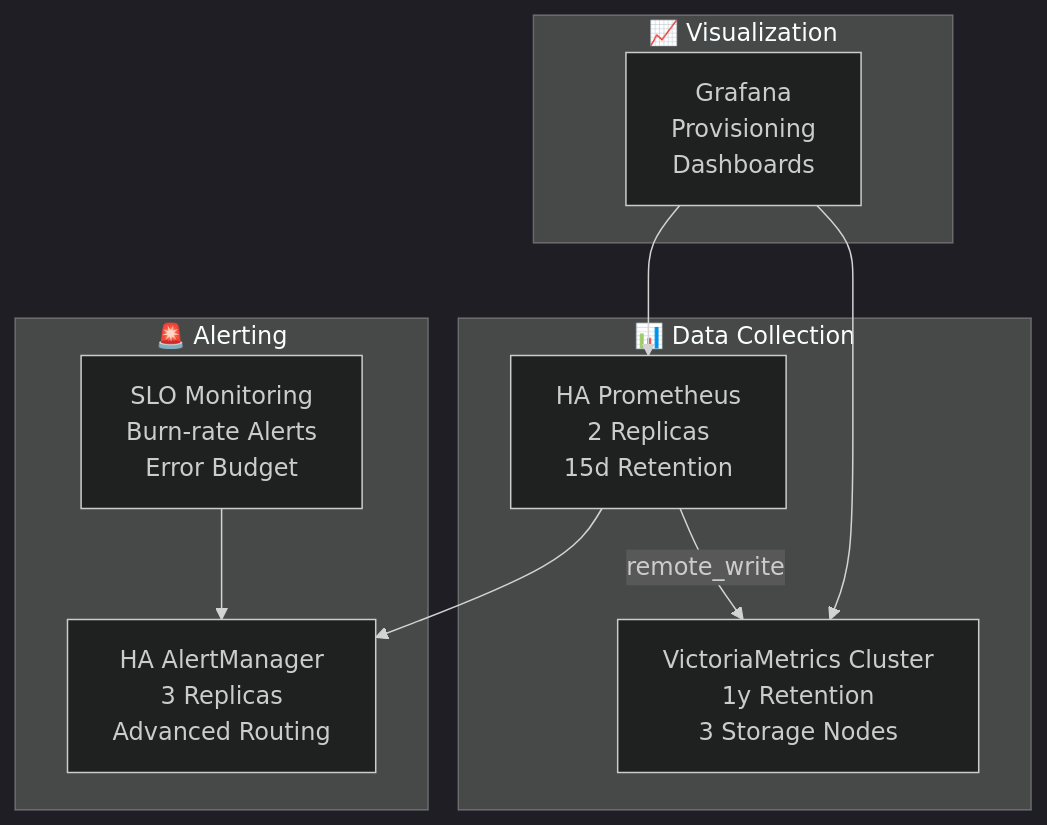
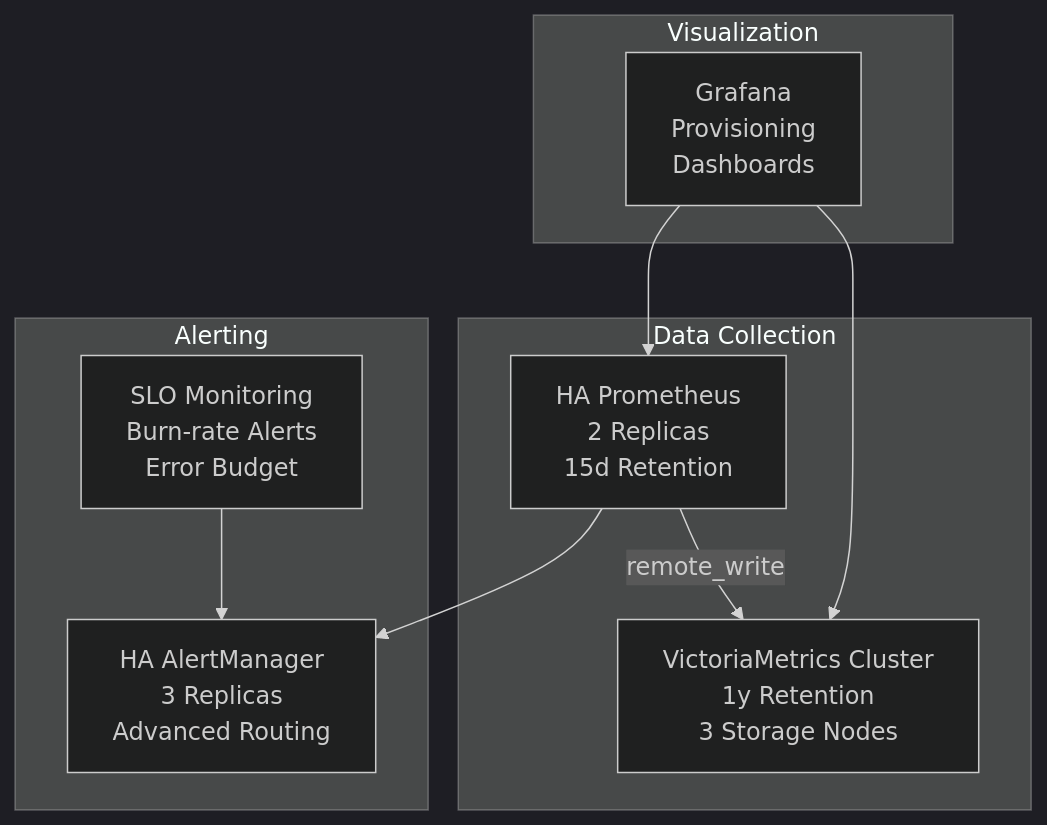
The diagram in k8s/monitoring-stack/README.md (twogc/cloudbridge-relay-installer), drawn with Mermaid (dark theme) before and after one commit. The commit also changed other lines of this file and 469 other files, not shown here.

````diff
--- a/k8s/monitoring-stack/README.md
+++ b/k8s/monitoring-stack/README.md
@@ -16,22 +16,22 @@
 ```mermaid
 graph TB
-    subgraph "📊 Data Collection"
+    subgraph "Data Collection"
         PROM[HA Prometheus<br/>2 Replicas<br/>15d Retention]
         VM[VictoriaMetrics Cluster<br/>1y Retention<br/>3 Storage Nodes]
     end
     
-    subgraph "🚨 Alerting"
+    subgraph "Alerting"
         AM[HA AlertManager<br/>3 Replicas<br/>Advanced Routing]
         SLO[SLO Monitoring<br/>Burn-rate Alerts<br/>Error Budget]
     end
     
-    subgraph "📈 Visualization"
+    subgraph "Visualization"
         GRAF[Grafana<br/>Provisioning<br/>Dashboards]
     end
     
     PROM -->|remote_write| VM
     PROM --> AM
     SLO --> AM
     GRAF --> PROM
     GRAF --> VM
 ```
````
